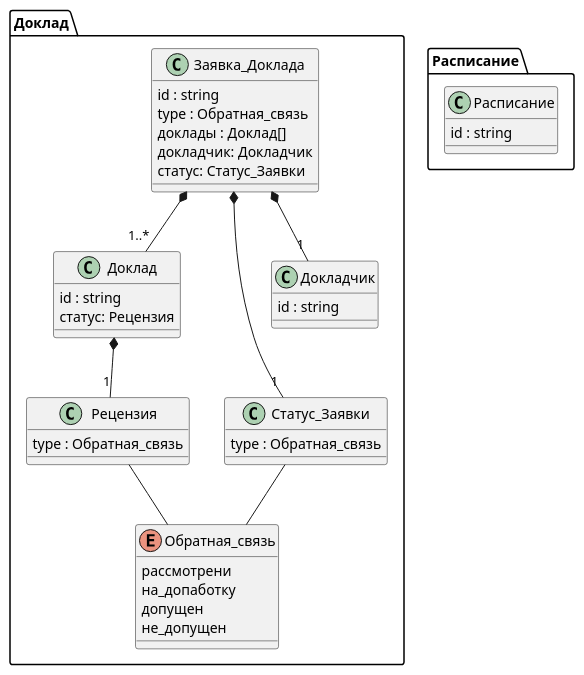
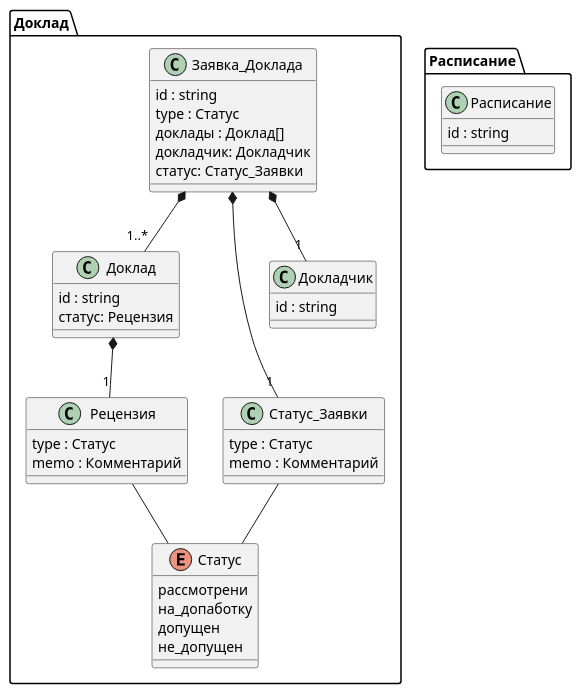
The diagram in docs/data/data.md (dbattalov/arch-com), drawn with PlantUML before and after one commit.

Commit message:
корректировка

````diff
--- a/docs/data/data.md
+++ b/docs/data/data.md
@@ -8,62 +8,64 @@
 ```plantuml
 @startuml
 ' Логическая модель данных в варианте UML Class Diagram (альтернатива ER-диаграмме).
 namespace Доклад {
 
  class Заявка_Доклада
  {
   id : string
-  type : Обратная_связь
+  type : Статус
   доклады : Доклад[]
   докладчик: Докладчик
   статус: Статус_Заявки
  }
 
  class Доклад
  {
  id : string
  статус: Рецензия
  }
 
  class Статус_Заявки
  {
-  type : Обратная_связь
+  type : Статус
+  memo : Комментарий
  }
 
  class Рецензия
  {
-  type : Обратная_связь
+  type : Статус
+  memo : Комментарий
  }
 
-  enum Обратная_связь
+  enum Статус
  {
   рассмотрени
   на_допаботку
   допущен
   не_допущен
  }
 
  class Докладчик
  {
   id : string
  }
 
   Заявка_Доклада *-- "1..*" Доклад
   Заявка_Доклада *-- "1" Докладчик
   Заявка_Доклада *-- "1" Статус_Заявки
-  Статус_Заявки -- Обратная_связь
+  Статус_Заявки -- Статус
   Доклад *-- "1" Рецензия
-  Рецензия -- Обратная_связь
+  Рецензия -- Статус
 }
 
 namespace Расписание {
 
  class Расписание
  {
   id : string
  }
 
 }
 
 @enduml
 ```
````
